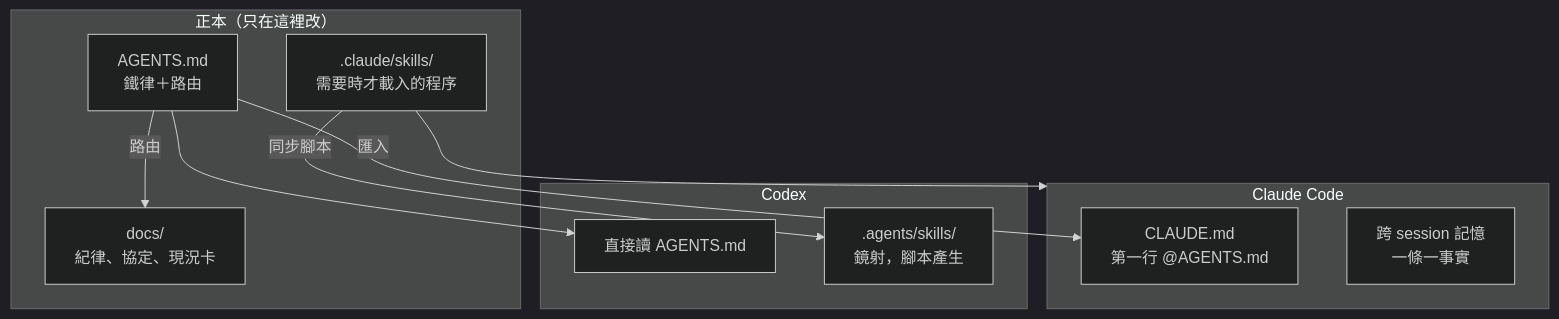
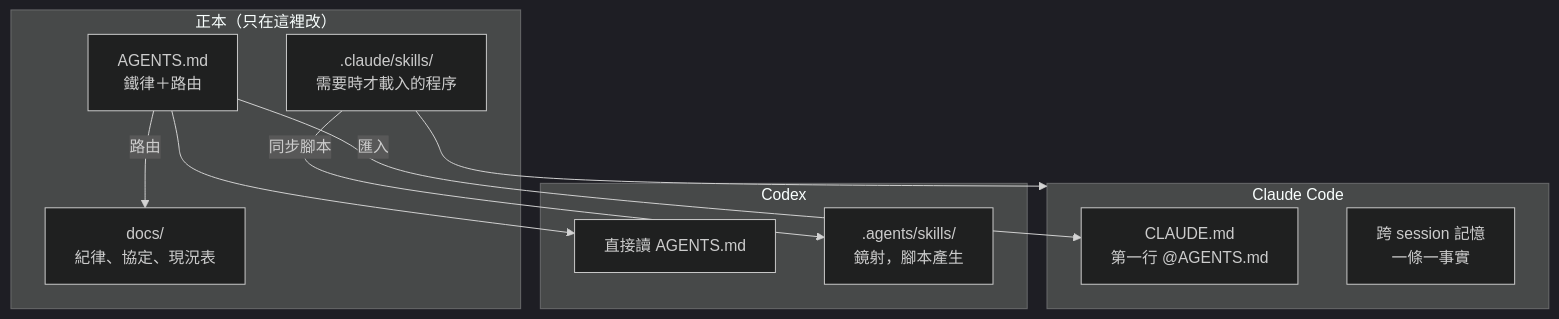
The sixth of 8 diagrams in diagrams/README.md (dtgfdgfgf/BIO), drawn with Mermaid (dark theme) before and after one commit. The commit also changed other lines of this file and 19 other files, not shown here.

First line of the commit message:
docs: 「現況卡」改稱「現況表」、「結構建模」改稱「標出已知結構」

````diff
--- a/diagrams/README.md
+++ b/diagrams/README.md
@@ -101,21 +101,21 @@
 ```mermaid
 flowchart TD
   subgraph SRC["正本（只在這裡改）"]
     AG["AGENTS.md<br/>鐵律＋路由"]
     SK[".claude/skills/<br/>需要時才載入的程序"]
-    DOC["docs/<br/>紀律、協定、現況卡"]
+    DOC["docs/<br/>紀律、協定、現況表"]
   end
   subgraph CC["Claude Code"]
     CM["CLAUDE.md<br/>第一行 @AGENTS.md"]
     MEM["跨 session 記憶<br/>一條一事實"]
   end
   subgraph CX["Codex"]
     CXR["直接讀 AGENTS.md"]
     MIR[".agents/skills/<br/>鏡射，腳本產生"]
   end
   AG -->|匯入| CM
   AG --> CXR
   SK -->|同步腳本| MIR
   SK --> CC
   AG -->|路由| DOC
 ```
````
